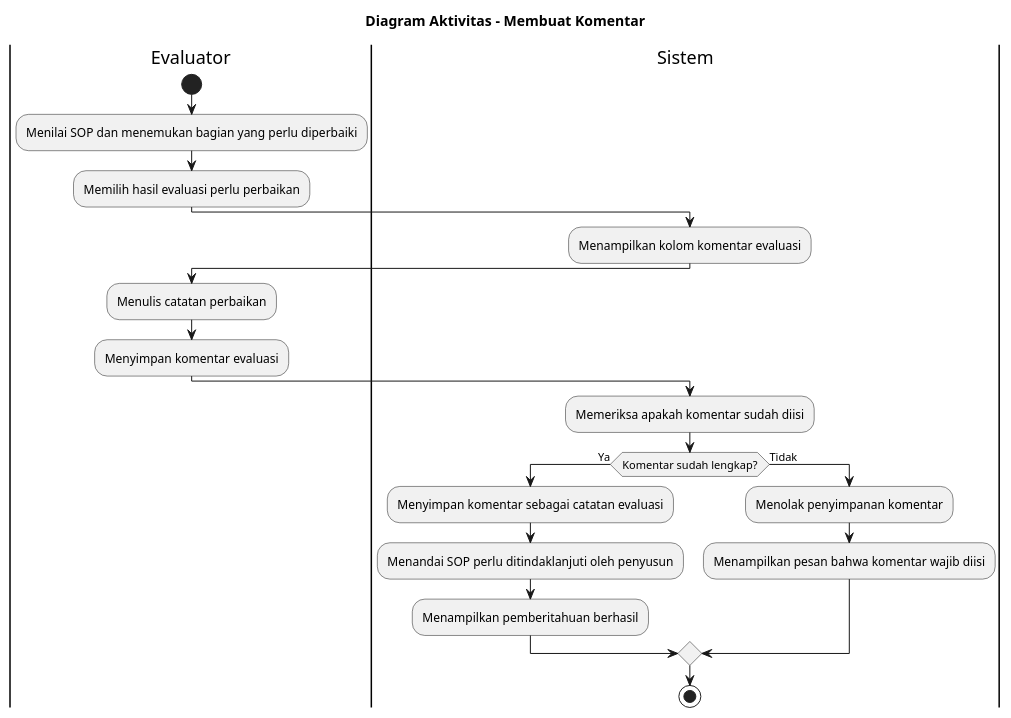
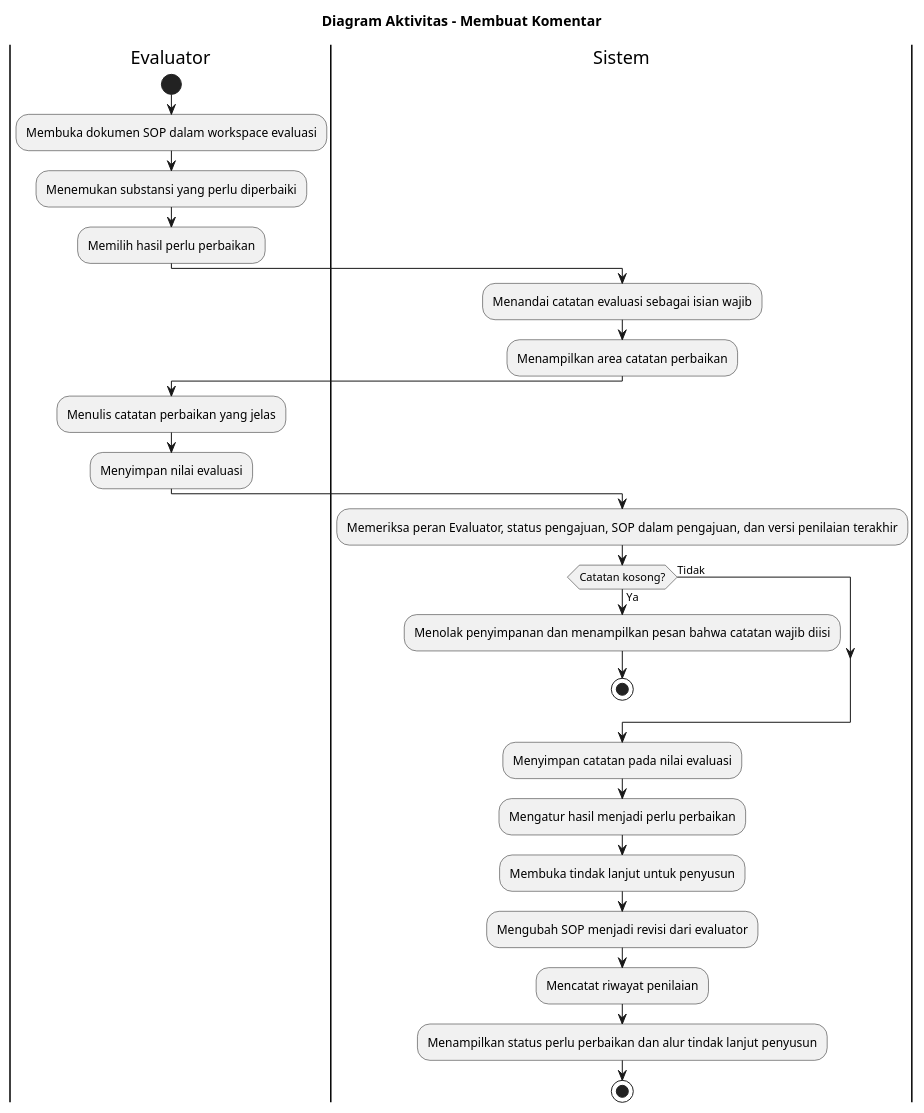
The diagram in docs/activity-diagram/lampiran/evaluator-membuat-komentar.md (howlil/sop-generate-app), drawn with PlantUML before and after one commit. The commit also changed other lines of this file and 90 other files, not shown here.

````diff
--- a/docs/activity-diagram/lampiran/evaluator-membuat-komentar.md
+++ b/docs/activity-diagram/lampiran/evaluator-membuat-komentar.md
@@ -16,30 +16,37 @@
 ```plantuml
 @startuml
 title Diagram Aktivitas - Membuat Komentar
 
 |Evaluator|
 start
-:Menilai SOP dan menemukan bagian yang perlu diperbaiki;
-:Memilih hasil evaluasi perlu perbaikan;
+:Membuka dokumen SOP dalam workspace evaluasi;
+:Menemukan substansi yang perlu diperbaiki;
+:Memilih hasil perlu perbaikan;
 
 |Sistem|
-:Menampilkan kolom komentar evaluasi;
+:Menandai catatan evaluasi sebagai isian wajib;
+:Menampilkan area catatan perbaikan;
 
 |Evaluator|
-:Menulis catatan perbaikan;
-:Menyimpan komentar evaluasi;
+:Menulis catatan perbaikan yang jelas;
+:Menyimpan nilai evaluasi;
 
 |Sistem|
-:Memeriksa apakah komentar sudah diisi;
-if (Komentar sudah lengkap?) then (Ya)
-  :Menyimpan komentar sebagai catatan evaluasi;
-  :Menandai SOP perlu ditindaklanjuti oleh penyusun;
-  :Menampilkan pemberitahuan berhasil;
+:Memeriksa peran Evaluator, status pengajuan, SOP dalam pengajuan, dan versi penilaian terakhir;
+
+if (Catatan kosong?) then (Ya)
+  :Menolak penyimpanan dan menampilkan pesan bahwa catatan wajib diisi;
+  stop
 else (Tidak)
-  :Menolak penyimpanan komentar;
-  :Menampilkan pesan bahwa komentar wajib diisi;
 endif
+
+:Menyimpan catatan pada nilai evaluasi;
+:Mengatur hasil menjadi perlu perbaikan;
+:Membuka tindak lanjut untuk penyusun;
+:Mengubah SOP menjadi revisi dari evaluator;
+:Mencatat riwayat penilaian;
+:Menampilkan status perlu perbaikan dan alur tindak lanjut penyusun;
 
 stop
 @enduml
 ```
````
